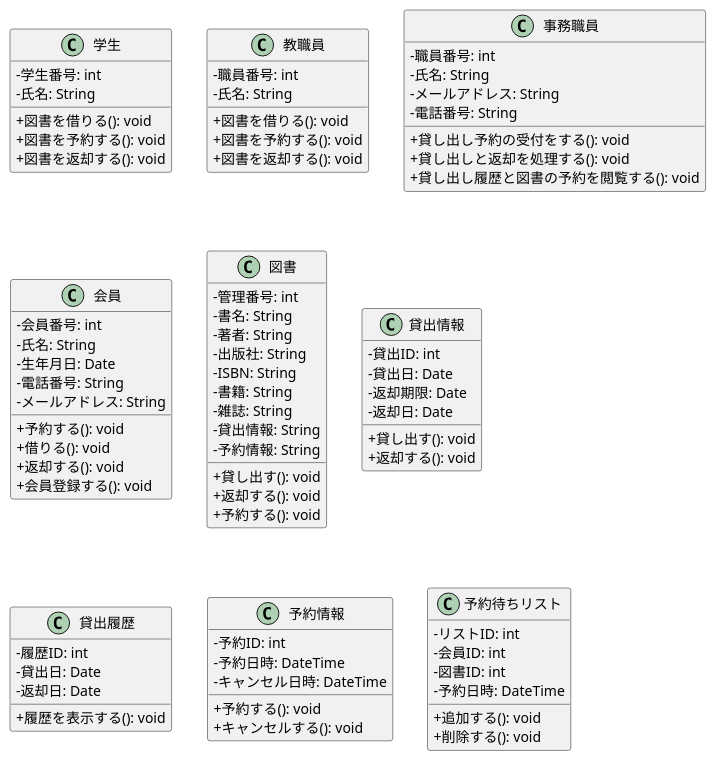
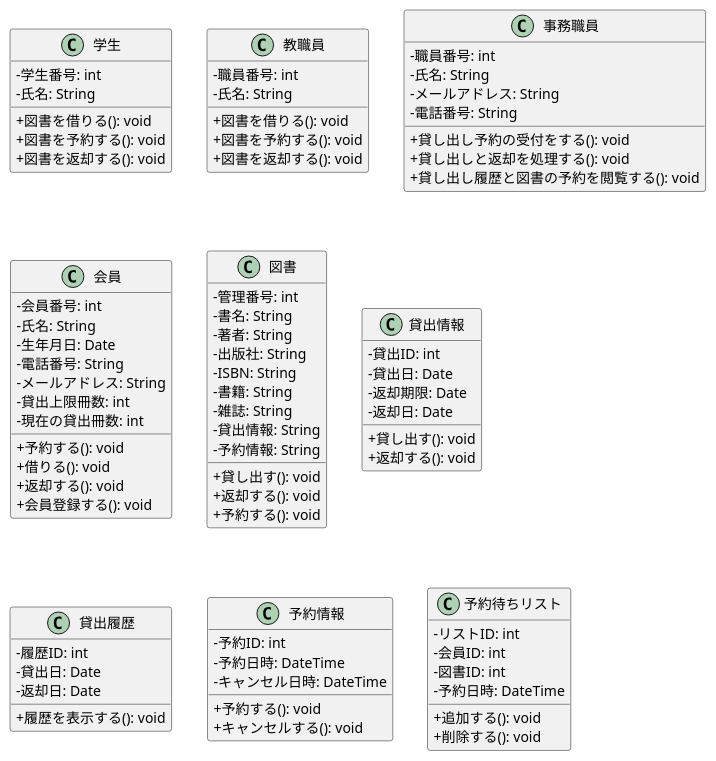
Before and after one commit to mameiku/group3-4-No.2: the diagram in class.pu, drawn with PlantUML.

Commit message:
クラス図変更

```diff
--- a/class.pu
+++ b/class.pu
@@ -1,105 +1,107 @@
 @startuml 大原情報科学大学・図書館システムクラス図
 skinparam handwritten false
 skinparam classAttributeIconSize 0
 
 ' ====================================================================
 ' 1. クラス定義 (Core Entities)
 ' ====================================================================
 
 class 学生 {
 - 学生番号: int
 - 氏名: String
 
 + 図書を借りる(): void
 + 図書を予約する(): void
 + 図書を返却する(): void
 }
 
 class 教職員 {
 - 職員番号: int
 - 氏名: String
 
 + 図書を借りる(): void
 + 図書を予約する(): void
 + 図書を返却する(): void
 }
 
 class 事務職員 {
 -職員番号: int
 -氏名: String
 -メールアドレス: String
 -電話番号: String
     
 +貸し出し予約の受付をする(): void
 +貸し出しと返却を処理する(): void
 +貸し出し履歴と図書の予約を閲覧する(): void
 }
 
 class 会員 {
  -会員番号: int
  -氏名: String
  -生年月日: Date
  -電話番号: String
  -メールアドレス: String
+ -貸出上限冊数: int
+ -現在の貸出冊数: int
 
  +予約する(): void
  +借りる(): void
  +返却する(): void
  +会員登録する(): void
 
 }
 
 class 図書 {
  -管理番号: int
  -書名: String
  -著者: String
  -出版社: String
  -ISBN: String
  -書籍: String
  -雑誌: String
  -貸出情報: String
  -予約情報: String
 
  +貸し出す(): void
  +返却する(): void
  +予約する(): void
 }
 
 class 貸出情報 {
  -貸出ID: int
  -貸出日: Date
  -返却期限: Date
  -返却日: Date
 
  +貸し出す(): void
  +返却する(): void
 }
 
 class 貸出履歴 {
  -履歴ID: int
  -貸出日: Date
  -返却日: Date
 
  +履歴を表示する(): void
 }
 
 class 予約情報 {
  -予約ID: int
  -予約日時: DateTime
  -キャンセル日時: DateTime
 
  +予約する(): void
  +キャンセルする(): void
 }
 
 class 予約待ちリスト {
  -リストID: int
  -会員ID: int
  -図書ID: int
  -予約日時: DateTime
 
  +追加する(): void
  +削除する(): void
 }
 
 @enduml
```
